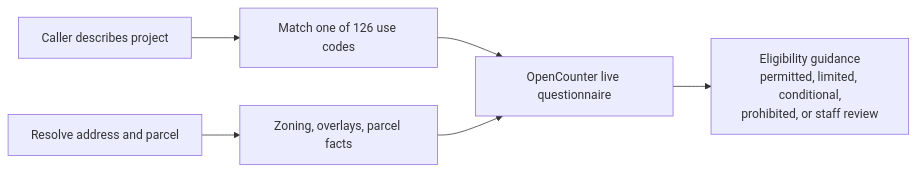
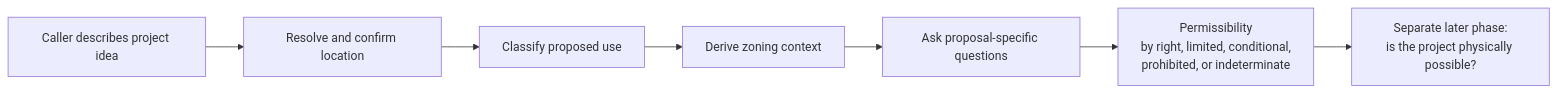
Before and after one commit to learn-rudi/registry: the second of 2 diagrams in catalog/stacks/opencounter/CATALOG-QUESTION-REFERENCE.md, drawn with Mermaid. The commit also changed other lines of this file and 63 other files, not shown here.

First line of the commit message:
feat: expand OpenCounter discovery contracts

````diff
--- a/catalog/stacks/opencounter/CATALOG-QUESTION-REFERENCE.md
+++ b/catalog/stacks/opencounter/CATALOG-QUESTION-REFERENCE.md
@@ -78,8 +78,9 @@
 ```mermaid
 flowchart LR
-    CALLER["Caller describes project"] --> MATCH["Match one of 126 use codes"]
-    ADDRESS["Resolve address and parcel"] --> PROPERTY["Zoning, overlays, parcel facts"]
-    MATCH --> LIVE["OpenCounter live questionnaire"]
-    PROPERTY --> LIVE
-    LIVE --> ANSWER["Eligibility guidance<br/>permitted, limited, conditional,<br/>prohibited, or staff review"]
+    IDEA["Caller describes project idea"] --> ADDRESS["Resolve and confirm location"]
+    ADDRESS --> MATCH["Classify proposed use"]
+    MATCH --> ZONING["Derive zoning context"]
+    ZONING --> INTAKE["Ask proposal-specific questions"]
+    INTAKE --> ANSWER["Permissibility<br/>by right, limited, conditional,<br/>prohibited, or indeterminate"]
+    ANSWER --> FEASIBILITY["Separate later phase:<br/>is the project physically possible?"]
 ```
````
